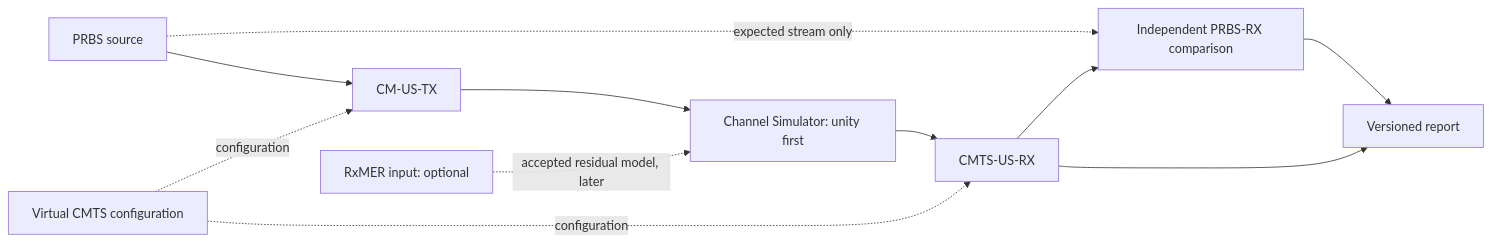
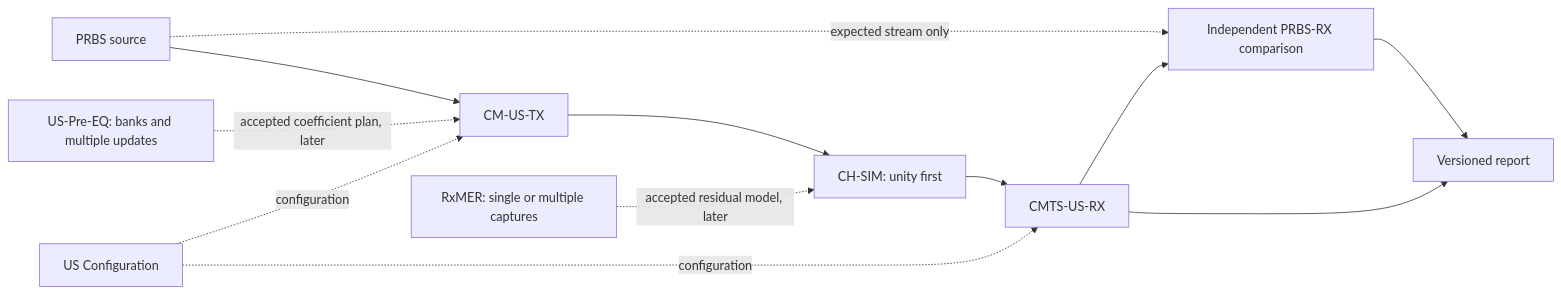
One commit to PyPNMApps/morgana changed the first of 13 diagrams in docs/architecture.md. Above: the diagram before and after it, drawn with Mermaid. The commit also changed other lines of this file and 8 other files, not shown here.

Commit message:
Documentation: Define upstream configuration and PNM inputs - Simplify contents and name US Configuration - Cover single-shot and multiple PNM inputs - Define Pre-EQ update replay and planned paths - Tests: Local validation and navigation checks pass

````diff
--- a/docs/architecture.md
+++ b/docs/architecture.md
@@ -41,13 +40,14 @@
 ```mermaid
 flowchart LR
     PRBS[PRBS source] --> TX[CM-US-TX]
-    TX --> CH[Channel Simulator: unity first]
-    MER[RxMER input: optional] -. accepted residual model, later .-> CH
+    TX --> CH[CH-SIM: unity first]
+    MER[RxMER: single or multiple captures] -. accepted residual model, later .-> CH
+    PRE[US-Pre-EQ: banks and multiple updates] -. accepted coefficient plan, later .-> TX
     CH --> RX[CMTS-US-RX]
-    CFG[Virtual CMTS configuration] -. configuration .-> TX
+    CFG[US Configuration] -. configuration .-> TX
     CFG -. configuration .-> RX
     PRBS -. expected stream only .-> TRUTH[Independent PRBS-RX comparison]
     RX --> TRUTH
     TRUTH --> REPORT
     RX --> REPORT[Versioned report]
 ```
````
